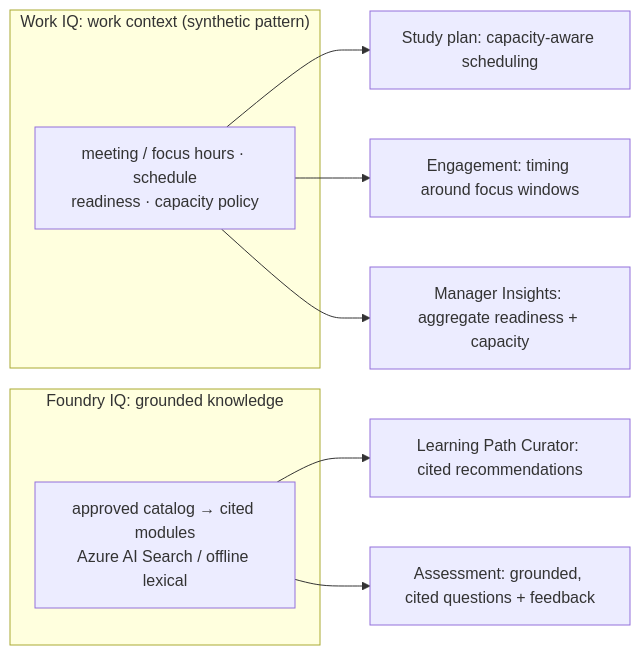
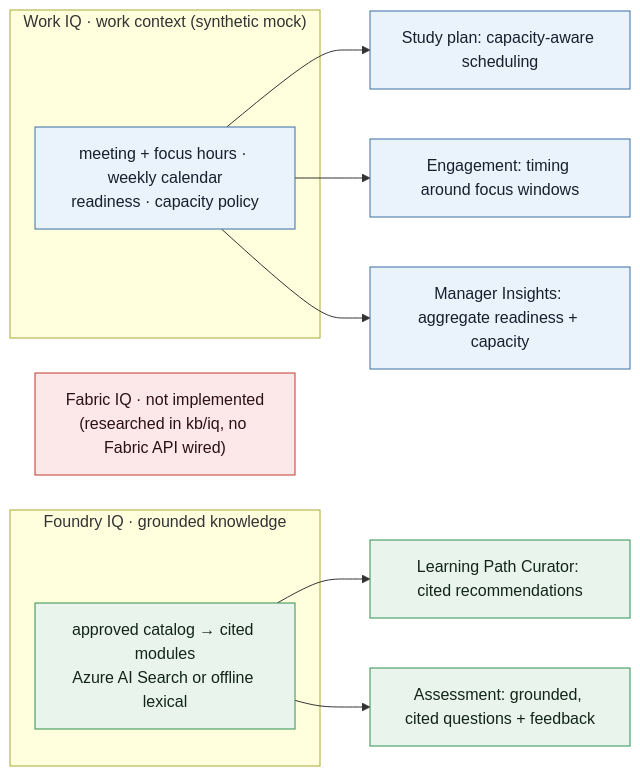
The third of 11 diagrams in README.md (theCodeForgerHQ/msf-reasoning-agent), drawn with Mermaid before and after one commit. The commit also changed other lines of this file, not shown here.

Commit message:
docs: rebuild README with diagrams, demo video link, and team section

````diff
--- a/README.md
+++ b/README.md
@@ -163,15 +183,20 @@
 ```mermaid
 flowchart LR
-    subgraph WorkIQ["Work IQ: work context (synthetic pattern)"]
-        WS["meeting / focus hours · schedule<br/>readiness · capacity policy"]
+    classDef work fill:#eaf2fb,stroke:#3b6ea5,color:#15212e
+    classDef know fill:#e9f5ec,stroke:#2f8f4e,color:#13251a
+    classDef out fill:#fce8e8,stroke:#c0392b,color:#2a1212
+
+    subgraph WORKIQ["Work IQ · work context (synthetic mock)"]
+        WS["meeting + focus hours · weekly calendar<br/>readiness · capacity policy"]:::work
     end
-    subgraph FoundryIQ["Foundry IQ: grounded knowledge"]
-        KB["approved catalog → cited modules<br/>Azure AI Search / offline lexical"]
+    subgraph FIQ["Foundry IQ · grounded knowledge"]
+        KB["approved catalog → cited modules<br/>Azure AI Search or offline lexical"]:::know
     end
+    FAB["Fabric IQ · not implemented<br/>(researched in kb/iq, no Fabric API wired)"]:::out
 
-    WS --> PLAN["Study plan: capacity-aware scheduling"]
-    WS --> ENG["Engagement: timing around focus windows"]
-    WS --> MGRI["Manager Insights: aggregate readiness + capacity"]
-    KB --> CUR["Learning Path Curator: cited recommendations"]
-    KB --> ASMT["Assessment: grounded, cited questions + feedback"]
+    WS --> PLAN["Study plan: capacity-aware scheduling"]:::work
+    WS --> ENG["Engagement: timing around focus windows"]:::work
+    WS --> MGRI["Manager Insights: aggregate readiness + capacity"]:::work
+    KB --> CUR["Learning Path Curator: cited recommendations"]:::know
+    KB --> ASMT["Assessment: grounded, cited questions + feedback"]:::know
 ```
````
